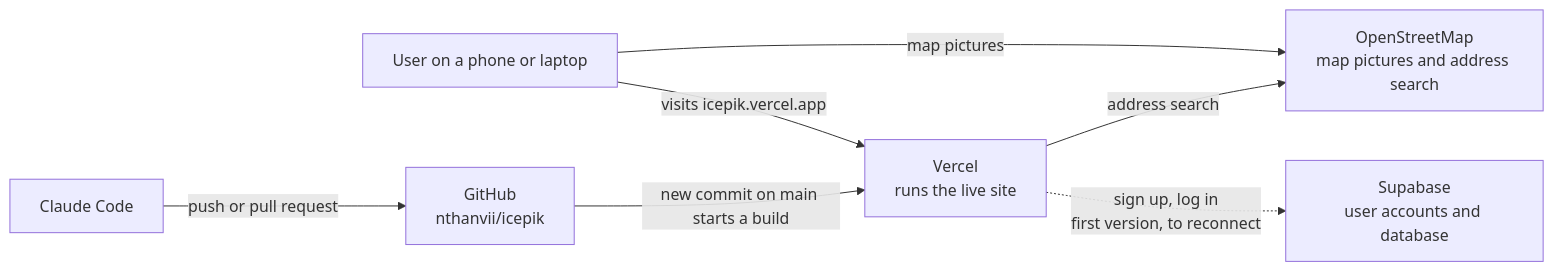
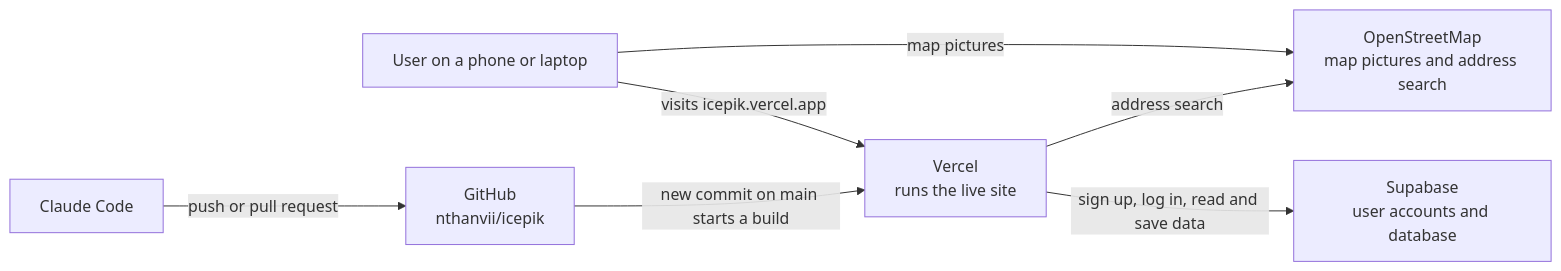
Before and after one commit to jmelv-git/icepik: the diagram in README.md, drawn with Mermaid. The commit also changed other lines of this file, not shown here.

First line of the commit message:
Describe the site as the Supabase starter in the README

````diff
--- a/README.md
+++ b/README.md
@@ -54,9 +54,9 @@
 ```mermaid
 flowchart LR
     U[User on a phone or laptop] -->|visits icepik.vercel.app| V[Vercel<br/>runs the live site]
     U -->|map pictures| O[OpenStreetMap<br/>map pictures and address search]
     V -->|address search| O
-    V -.->|sign up, log in<br/>first version, to reconnect| S[Supabase<br/>user accounts and database]
+    V -->|sign up, log in, read and save data| S[Supabase<br/>user accounts and database]
     CC[Claude Code] -->|push or pull request| G[GitHub<br/>nthanvii/icepik]
     G -->|new commit on main starts a build| V
 ```
````
